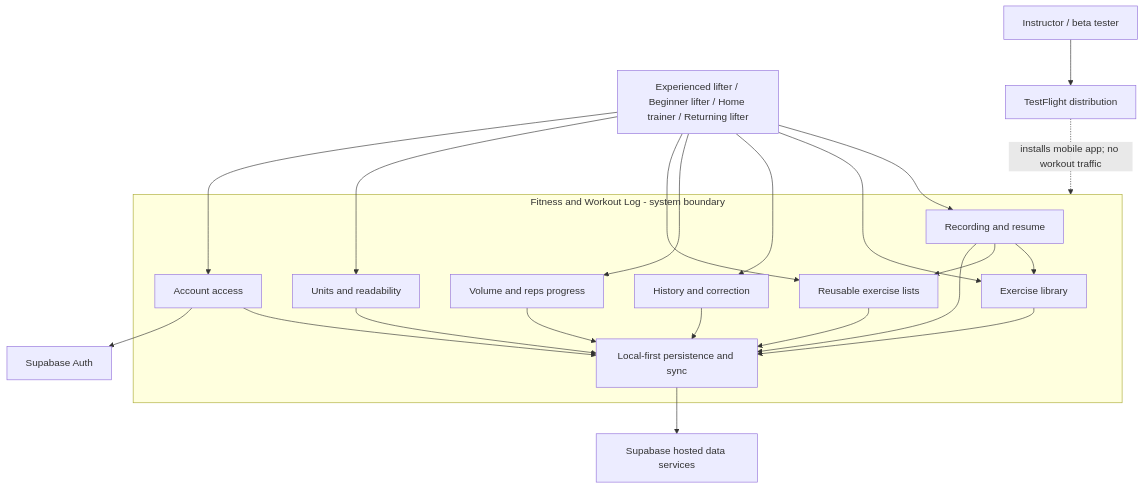
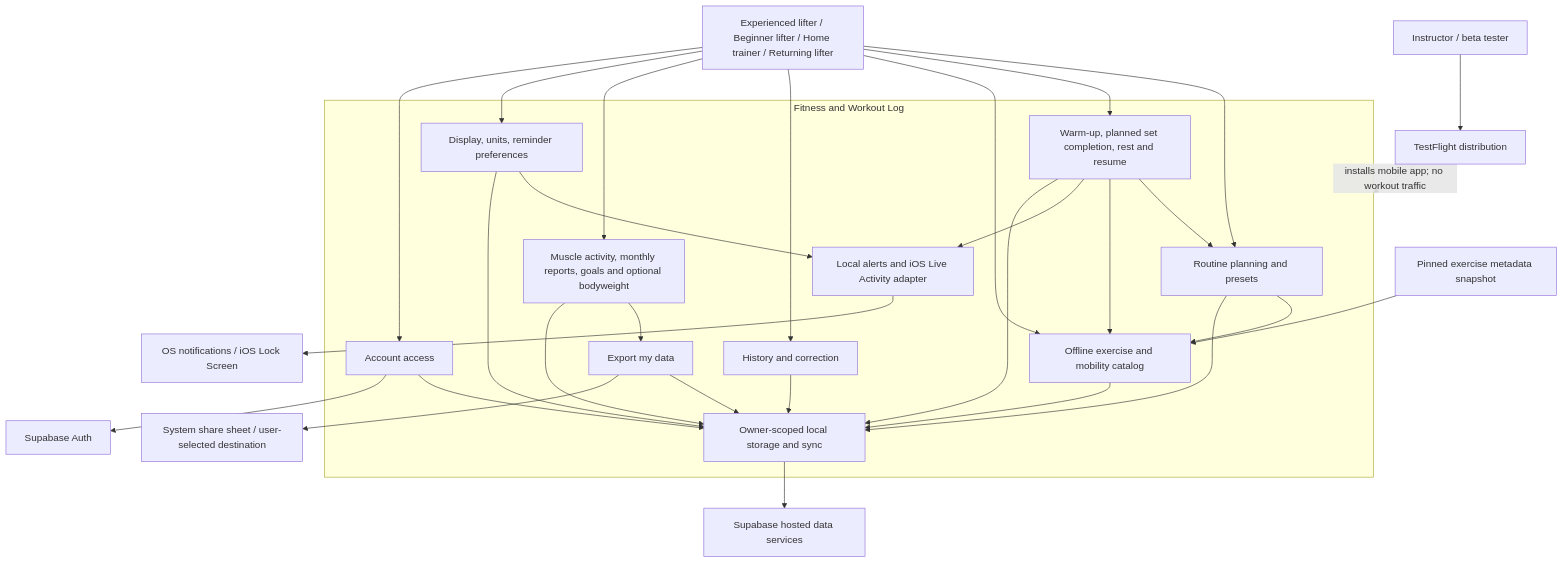
Before and after one commit to SebasLopez2005/SWEProject1: the first of 50 diagrams in docs/part2/design/README.md, drawn with Mermaid. The commit also changed other lines of this file and 47 other files, not shown here.

````diff
--- a/docs/part2/design/README.md
+++ b/docs/part2/design/README.md
@@ -89,27 +98,29 @@
 ```mermaid
 flowchart TB
     User["Experienced lifter / Beginner lifter / Home trainer / Returning lifter"]
-    subgraph System["Fitness and Workout Log - system boundary"]
-      Log["Recording and resume"]
-      Library["Exercise library"]
+    subgraph System["Fitness and Workout Log"]
+      Plan["Routine planning and presets"]
+      Log["Warm-up, planned set completion, rest and resume"]
+      Library["Offline exercise and mobility catalog"]
       History["History and correction"]
-      Progress["Volume and reps progress"]
-      Templates["Reusable exercise lists"]
-      Settings["Units and readability"]
-      Data["Local-first persistence and sync"]
+      Profile["Muscle activity, monthly reports, goals and optional bodyweight"]
+      Export["Export my data"]
+      Settings["Display, units, reminder preferences"]
+      Data["Owner-scoped local storage and sync"]
       Identity["Account access"]
+      Device["Local alerts and iOS Live Activity adapter"]
+      Plan --> Library
+      Log --> Plan & Library & Device
+      Settings --> Device
+      Profile --> Export
+      Plan & Log & Library & History & Profile & Export & Settings & Identity --> Data
     end
-    User --> Log & Library & History & Progress & Templates & Settings
-    Log --> Library & Templates & Data
-    History --> Data
-    Progress --> Data
-    Library --> Data
-    Templates --> Data
-    Settings --> Data
-    Identity --> Data
+    User --> Plan & Log & Library & History & Profile & Settings & Identity
     Identity --> Auth["Supabase Auth"]
     Data --> Cloud["Supabase hosted data services"]
-    User --> Identity
+    Device --> OS["OS notifications / iOS Lock Screen"]
+    Export --> Share["System share sheet / user-selected destination"]
+    Seed["Pinned exercise metadata snapshot"] --> Library
     Instructor["Instructor / beta tester"] --> TF["TestFlight distribution"]
     TF -. "installs mobile app; no workout traffic" .-> System
 ```
````
